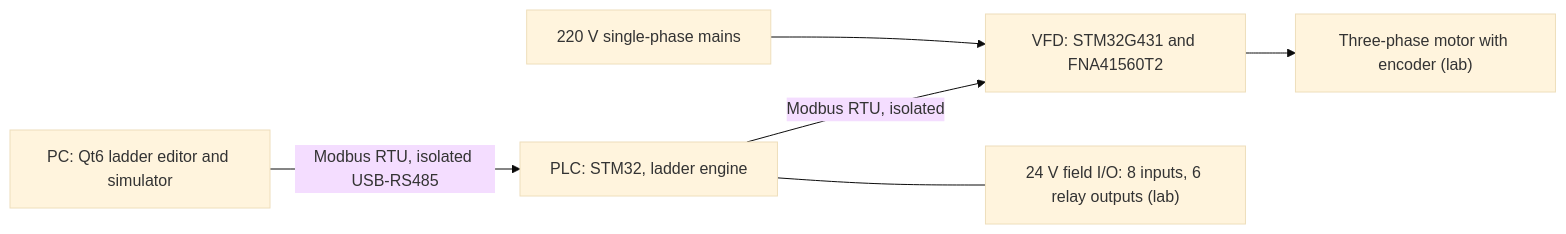
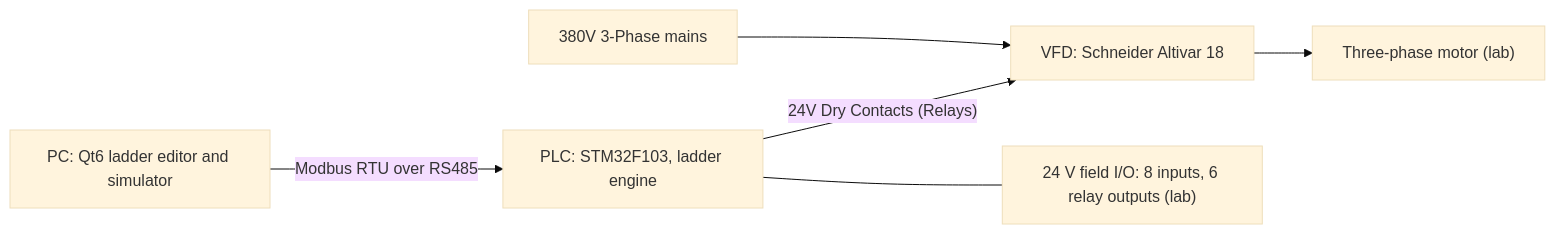
Before and after one commit to Peace-ADIKEPETO/plc-vfd-training-kit: the diagram in README.md, drawn with Mermaid (base theme). The commit also changed other lines of this file, not shown here.

````diff
--- a/README.md
+++ b/README.md
@@ -80,8 +77,8 @@
 ```mermaid
 flowchart LR
-    PC["PC: Qt6 ladder editor and simulator"] -- "Modbus RTU, isolated USB-RS485" --> PLC["PLC: STM32, ladder engine"]
-    PLC -- "Modbus RTU, isolated" --> VFD["VFD: STM32G431 and FNA41560T2"]
-    VFD --> MOTOR["Three-phase motor with encoder (lab)"]
-    PLC --- IO["24 V field I/O: 8 inputs, 6 relay outputs (lab)"]
-    MAINS["220 V single-phase mains"] --> VFD
+  PC["PC: Qt6 ladder editor and simulator"] -- "Modbus RTU over RS485" --> PLC["PLC: STM32F103, ladder engine"]
+  PLC -- "24V Dry Contacts (Relays)" --> VFD["VFD: Schneider Altivar 18"]
+  VFD --> MOTOR["Three-phase motor (lab)"]
+  PLC --- IO["24 V field I/O: 8 inputs, 6 relay outputs (lab)"]
+  MAINS["380V 3-Phase mains"] --> VFD
 ```
````
